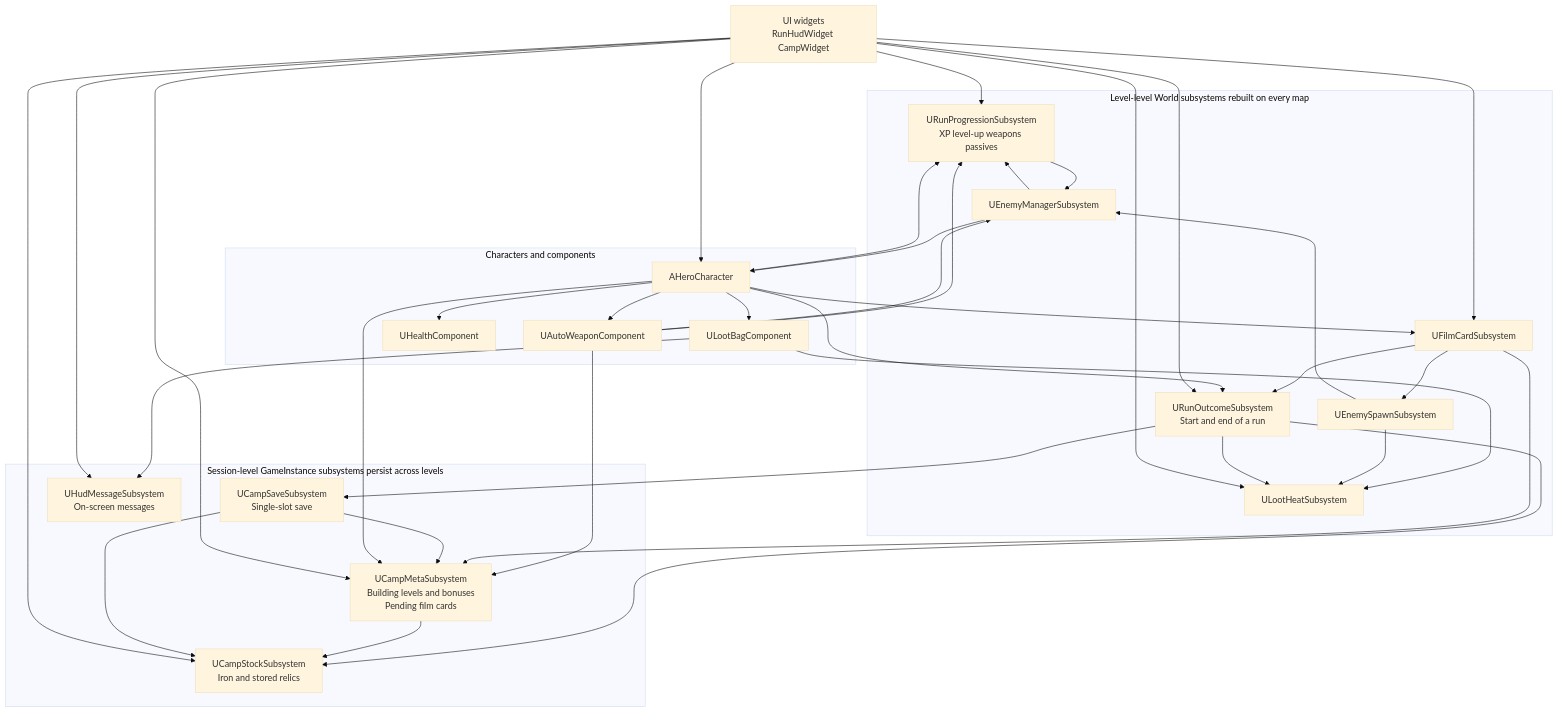
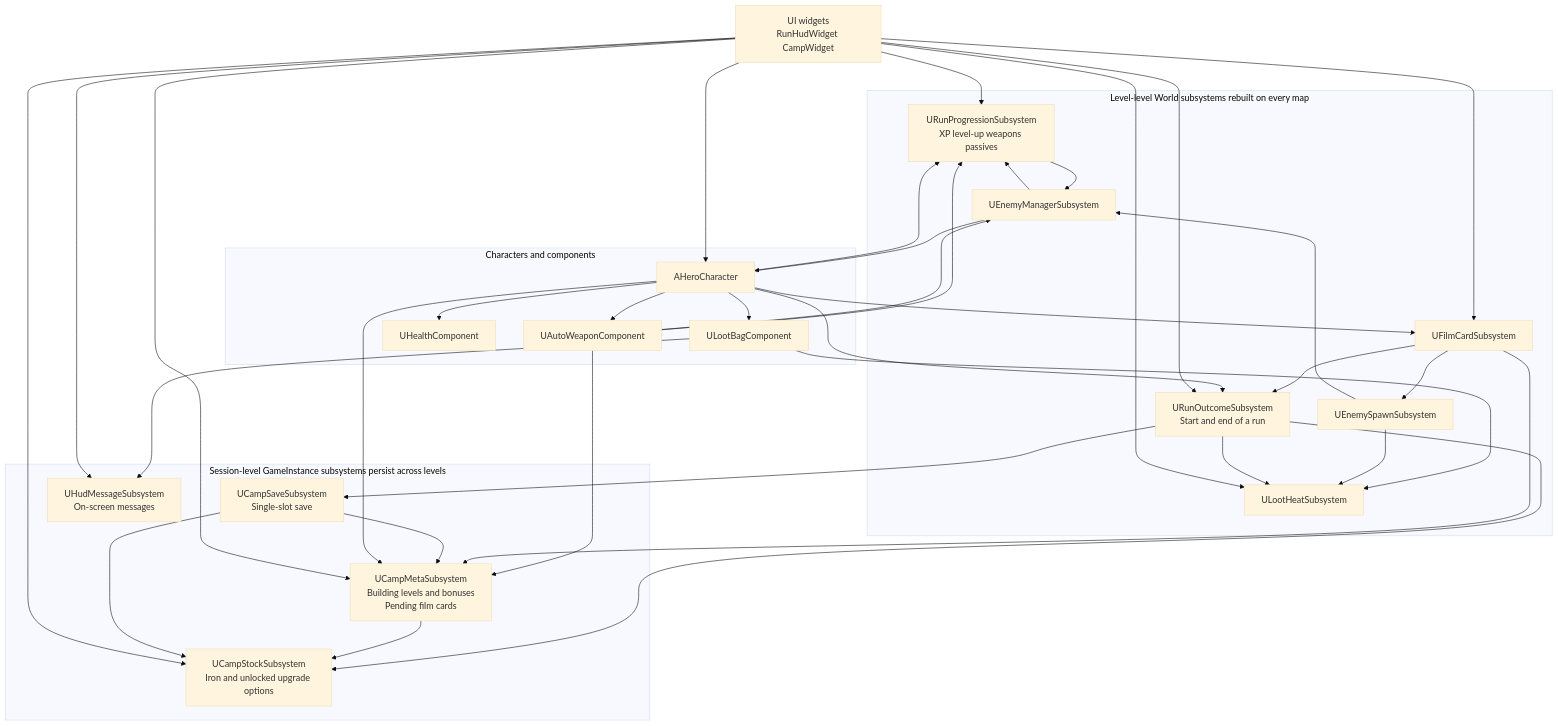
The first of 3 diagrams in docs/wiki/architecture.md (Huangyu-Shen/2026-epic-gamejam), drawn with Mermaid (base theme) before and after one commit. The commit also changed other lines of this file and 84 other files, not shown here.

First line of the commit message:
feat: lost film reels unlock upgrade options, dev log by day (#3)

````diff
--- a/docs/wiki/architecture.md
+++ b/docs/wiki/architecture.md
@@ -31,38 +31,38 @@
 ```mermaid
 graph TD
   subgraph Session-level GameInstance subsystems persist across levels
-    Stock[UCampStockSubsystem<br/>Iron and stored relics]
+    Stock[UCampStockSubsystem<br/>Iron and unlocked upgrade options]
     Meta[UCampMetaSubsystem<br/>Building levels and bonuses<br/>Pending film cards]
     Save[UCampSaveSubsystem<br/>Single-slot save]
     Msg[UHudMessageSubsystem<br/>On-screen messages]
   end
   subgraph Level-level World subsystems rebuilt on every map
     Run[URunOutcomeSubsystem<br/>Start and end of a run]
     Heat[ULootHeatSubsystem]
     Prog[URunProgressionSubsystem<br/>XP level-up weapons passives]
     Spawn[UEnemySpawnSubsystem]
     Mgr[UEnemyManagerSubsystem]
     Cards[UFilmCardSubsystem]
   end
   subgraph Characters and components
     Hero[AHeroCharacter]
     Bag[ULootBagComponent]
     HP[UHealthComponent]
     Weapon[UAutoWeaponComponent]
   end
   UI[UI widgets<br/>RunHudWidget CampWidget]
   Hero --> Bag & HP & Weapon
   Bag --> Heat
   Bag --> Msg
   Weapon --> Prog & Mgr & Meta
   Mgr --> Hero
   Mgr --> Prog
   Spawn --> Heat & Mgr
   Prog --> Mgr
   Run --> Stock & Save & Heat
   Cards --> Spawn & Run & Meta
   Meta --> Stock
   Save --> Stock & Meta
   Hero --> Run & Cards & Meta & Prog
   UI --> Hero & Run & Prog & Heat & Cards & Meta & Stock & Msg
 ```
````
